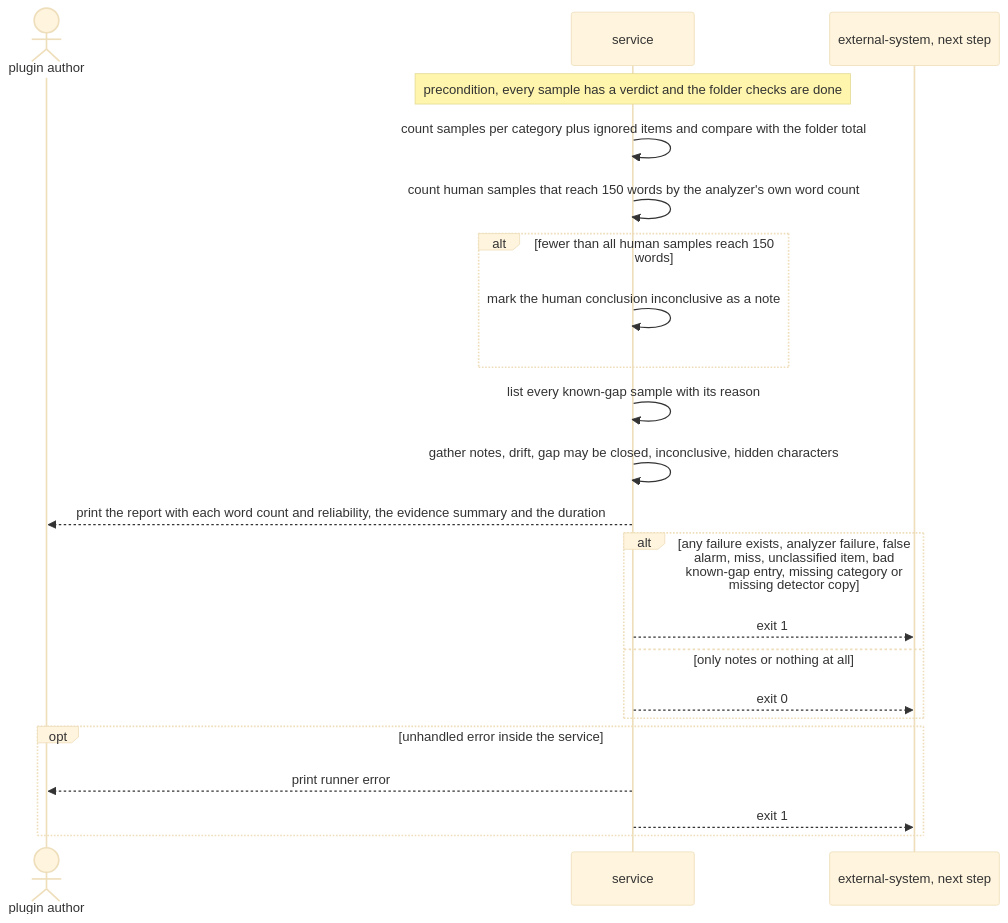
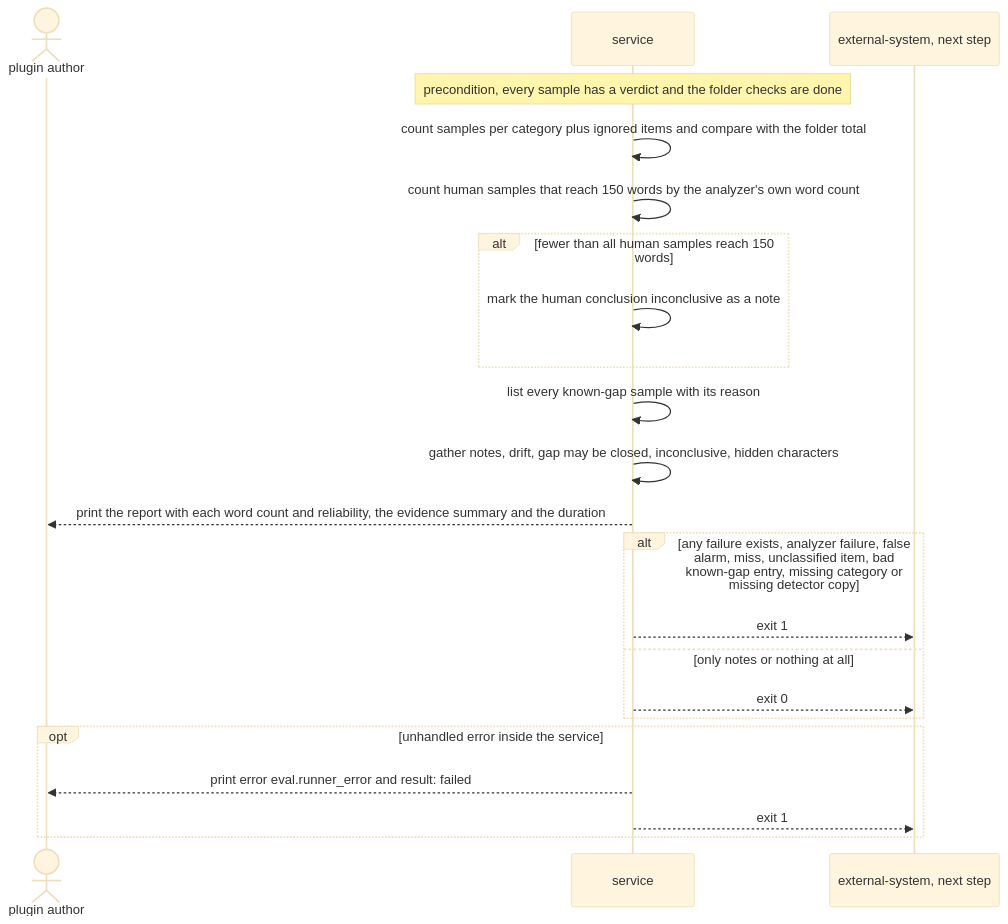
One commit to ifurmandev/ukr-text-guard changed the seventh of 7 diagrams in docs/features/ukr-text-eval/sad.md. Above: the diagram before and after it, drawn with Mermaid (base theme). The commit also changed 3 other files, not shown here.

````diff
--- a/docs/features/ukr-text-eval/sad.md
+++ b/docs/features/ukr-text-eval/sad.md
@@ -304,25 +304,25 @@
 ```mermaid
 sequenceDiagram
     actor Author as plugin author
     participant Service as service
     participant NextStep as external-system, next step
 
     Note over Service: precondition, every sample has a verdict and the folder checks are done
     Service->>Service: count samples per category plus ignored items and compare with the folder total
     Service->>Service: count human samples that reach 150 words by the analyzer's own word count
     alt fewer than all human samples reach 150 words
         Service->>Service: mark the human conclusion inconclusive as a note
     end
     Service->>Service: list every known-gap sample with its reason
     Service->>Service: gather notes, drift, gap may be closed, inconclusive, hidden characters
     Service-->>Author: print the report with each word count and reliability, the evidence summary and the duration
     alt any failure exists, analyzer failure, false alarm, miss, unclassified item, bad known-gap entry, missing category or missing detector copy
         Service-->>NextStep: exit 1
     else only notes or nothing at all
         Service-->>NextStep: exit 0
     end
     opt unhandled error inside the service
-        Service-->>Author: print runner error
+        Service-->>Author: print error eval.runner_error and result: failed
         Service-->>NextStep: exit 1
     end
 ```
````
